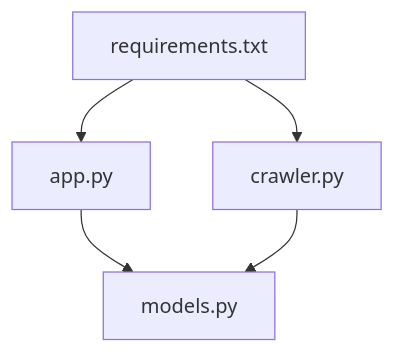
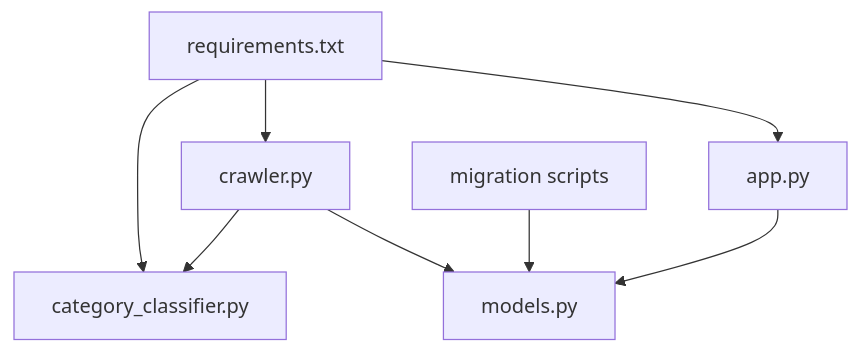
One commit to zbw-zbw/news-aggregator changed the fifth of 5 diagrams in .qoder/repowiki/en/content/Database Schema Design.md. Above: the diagram before and after it, drawn with Mermaid. The commit also changed other lines of this file and 9 other files, not shown here.

````diff
--- a/.qoder/repowiki/en/content/Database Schema Design.md
+++ b/.qoder/repowiki/en/content/Database Schema Design.md
@@ -331,11 +467,16 @@
 ```mermaid
 graph TB
 REQ["requirements.txt"]
 APP["app.py"]
 MODELS["models.py"]
 CRAWLER["crawler.py"]
+MIGRATIONS["migration scripts"]
+CLASSIFIER["category_classifier.py"]
 REQ --> APP
 REQ --> CRAWLER
+REQ --> CLASSIFIER
 APP --> MODELS
 CRAWLER --> MODELS
+CRAWLER --> CLASSIFIER
+MIGRATIONS --> MODELS
 ```
````
